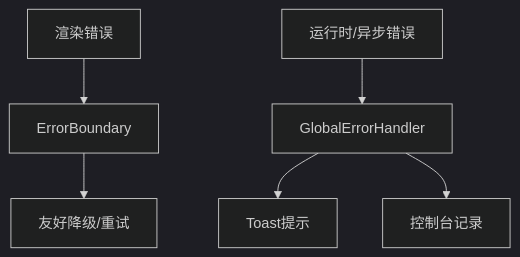
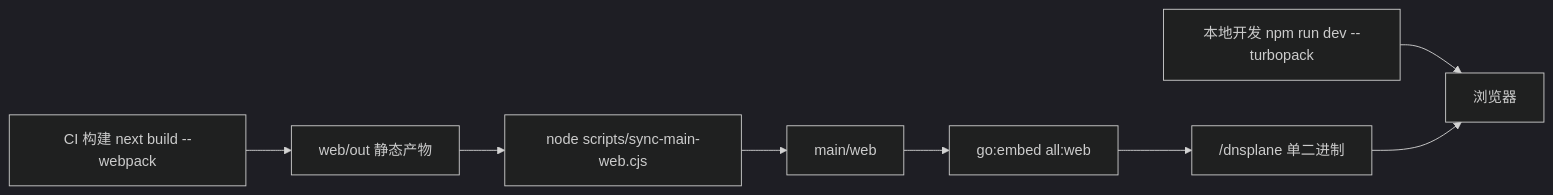
Before and after one commit to x01n/dnsplane: the second of 5 diagrams in docs/前端开发指南/前端开发指南.md, drawn with Mermaid (dark theme). The commit also changed other lines of this file and 326 other files, not shown here.

````diff
--- a/docs/前端开发指南/前端开发指南.md
+++ b/docs/前端开发指南/前端开发指南.md
@@ -268,8 +135,14 @@
 ```mermaid
-flowchart TD
-E["渲染错误"] --> EB["ErrorBoundary"]
-EB --> Fallback["友好降级/重试"]
-RuntimeErr["运行时/异步错误"] --> GEH["GlobalErrorHandler"]
-GEH --> Toast["Toast提示"]
-GEH --> Console["控制台记录"]
+flowchart LR
+  DEV["本地开发 npm run dev --turbopack"]
+  BUILD["CI 构建 next build --webpack"]
+  OUT["web/out 静态产物"]
+  SYNC["node scripts/sync-main-web.cjs"]
+  DEST["main/web"]
+  EMBED["go:embed all:web"]
+  BIN["/dnsplane 单二进制"]
+  BROWSER["浏览器"]
+  DEV --> BROWSER
+  BUILD --> OUT --> SYNC --> DEST --> EMBED --> BIN
+  BIN --> BROWSER
 ```
````
